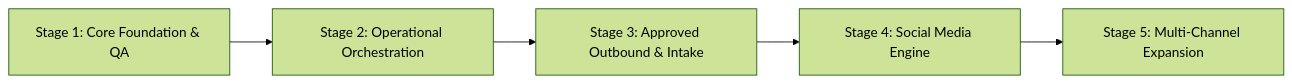
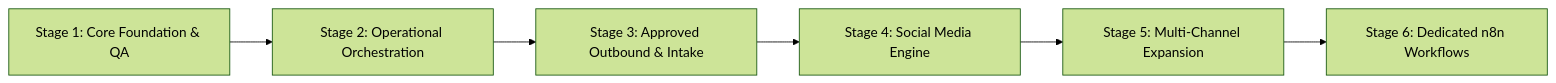
The diagram in docs/ANTIGRAVITY_IMPLEMENTATION_PLAN.md (Nior122/AI-website-Agent), drawn with Mermaid (forest theme) before and after one commit. The commit also changed other lines of this file and 12 other files, not shown here.

First line of the commit message:
feat(stage-6): add n8n workflows, preview templates, and workflow integration docs

````diff
--- a/docs/ANTIGRAVITY_IMPLEMENTATION_PLAN.md
+++ b/docs/ANTIGRAVITY_IMPLEMENTATION_PLAN.md
@@ -9,7 +9,8 @@
 ```mermaid
 graph LR
     S1[Stage 1: Core Foundation & QA] --> S2[Stage 2: Operational Orchestration]
     S2 --> S3[Stage 3: Approved Outbound & Intake]
     S3 --> S4[Stage 4: Social Media Engine]
     S4 --> S5[Stage 5: Multi-Channel Expansion]
+    S5 --> S6[Stage 6: Dedicated n8n Workflows]
 ```
````
